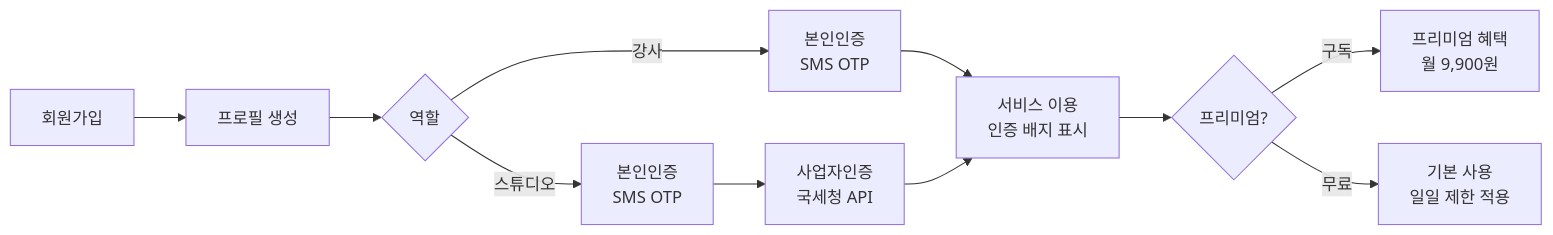
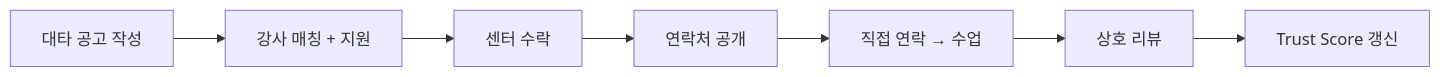
Before and after one commit to MaduJoe/PilaMatch: the first of 2 diagrams in README.md, drawn with Mermaid. The commit also changed other lines of this file and 26 other files, not shown here.

````diff
--- a/README.md
+++ b/README.md
@@ -1205,13 +58,9 @@
 ```mermaid
 flowchart LR
-    A[회원가입] --> B[프로필 생성]
-    B --> C{역할}
-    C -->|강사| D[본인인증<br/>SMS OTP]
-    C -->|스튜디오| E[본인인증<br/>SMS OTP]
-    E --> F[사업자인증<br/>국세청 API]
-    D --> G[서비스 이용<br/>인증 배지 표시]
-    F --> G
-    G --> I{프리미엄?}
-    I -->|구독| J[프리미엄 혜택<br/>월 9,900원]
-    I -->|무료| K[기본 사용<br/>일일 제한 적용]
+    A[대타 공고 작성] --> B[강사 매칭 + 지원]
+    B --> C[센터 수락]
+    C --> D[연락처 공개]
+    D --> E[직접 연락 → 수업]
+    E --> F[상호 리뷰]
+    F --> G[Trust Score 갱신]
 ```
````
